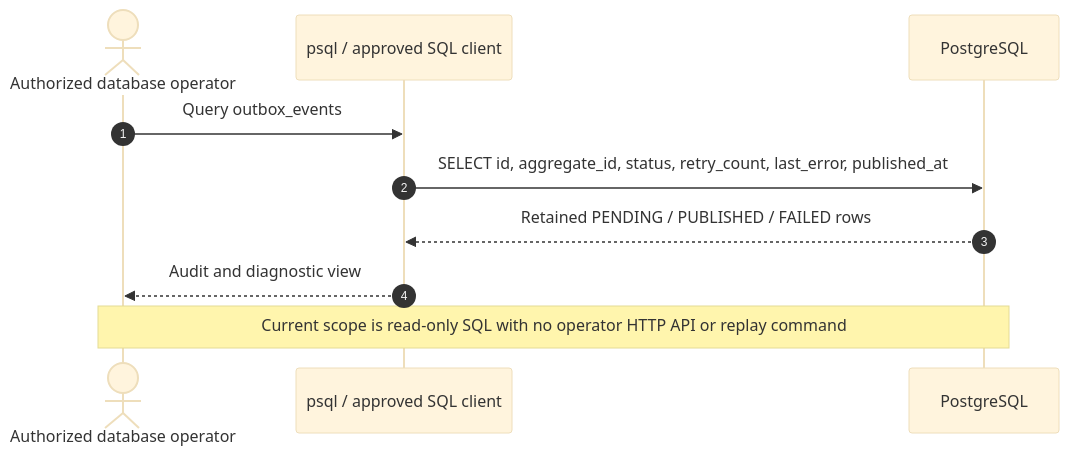
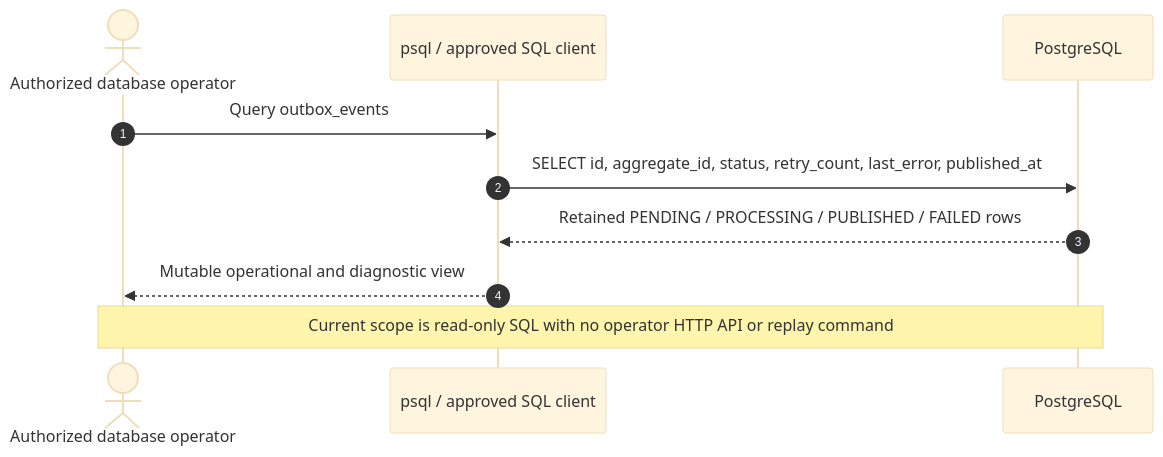
The eighth of 16 diagrams in docs/sequence-diagrams.md (tarunngusain08/transaction-outbox-service), drawn with Mermaid (base theme) before and after one commit. The commit also changed other lines of this file and 62 other files, not shown here.

````diff
--- a/docs/sequence-diagrams.md
+++ b/docs/sequence-diagrams.md
@@ -242,13 +285,13 @@
 ```mermaid
 sequenceDiagram
     autonumber
     actor Operator as Authorized database operator
     participant PSQL as psql / approved SQL client
     participant DB as PostgreSQL
 
     Operator->>PSQL: Query outbox_events
     PSQL->>DB: SELECT id, aggregate_id, status, retry_count, last_error, published_at
-    DB-->>PSQL: Retained PENDING / PUBLISHED / FAILED rows
-    PSQL-->>Operator: Audit and diagnostic view
+    DB-->>PSQL: Retained PENDING / PROCESSING / PUBLISHED / FAILED rows
+    PSQL-->>Operator: Mutable operational and diagnostic view
     Note over Operator,DB: Current scope is read-only SQL with no operator HTTP API or replay command
 ```
````
